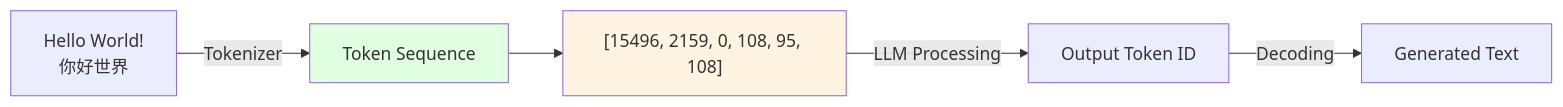
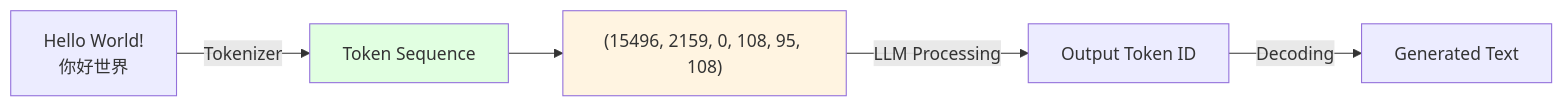
The second of 3 diagrams in docs/03-llm-fundamentals/index.md (forhow134/ai-coding-guide), drawn with Mermaid before and after one commit. The commit also changed 4 other files, not shown here.

Commit message:
fix: resolve mermaid syntax error and add sidebar collapse buttons

````diff
--- a/docs/03-llm-fundamentals/index.md
+++ b/docs/03-llm-fundamentals/index.md
@@ -48,11 +48,11 @@
 ```mermaid
 graph LR
     A["Hello World!<br/>你好世界"] -->|Tokenizer| B["Token Sequence"]
-    B --> C["[15496, 2159, 0, 108, 95, 108]"]
+    B --> C["(15496, 2159, 0, 108, 95, 108)"]
     
     C -->|LLM Processing| D["Output Token ID"]
     D -->|Decoding| E["Generated Text"]
     
     style B fill:#e1ffe1
     style C fill:#fff4e1
 ```
````
